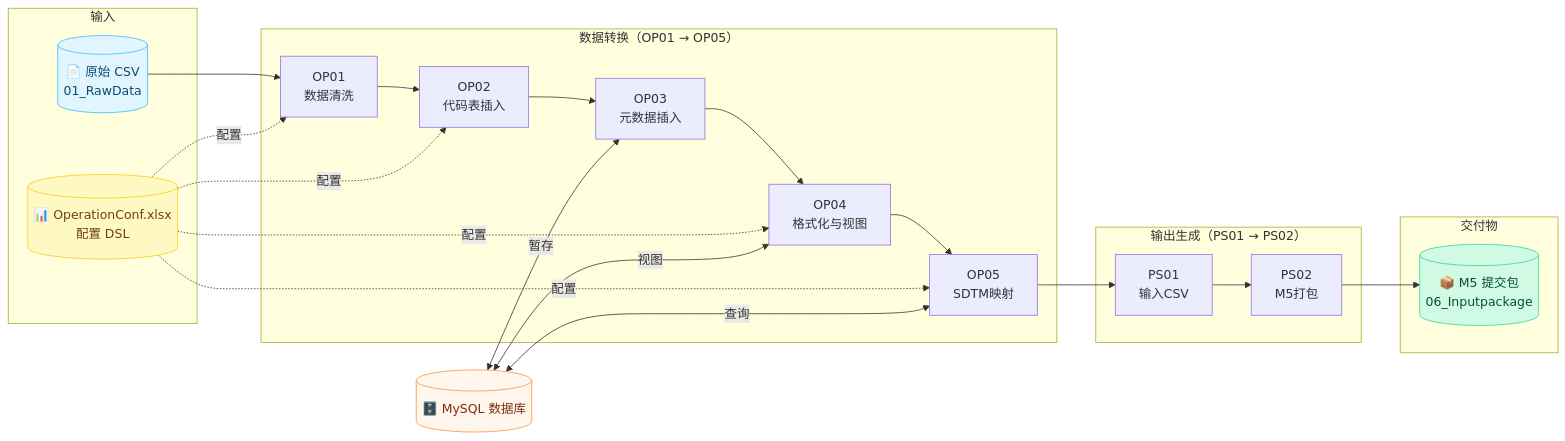
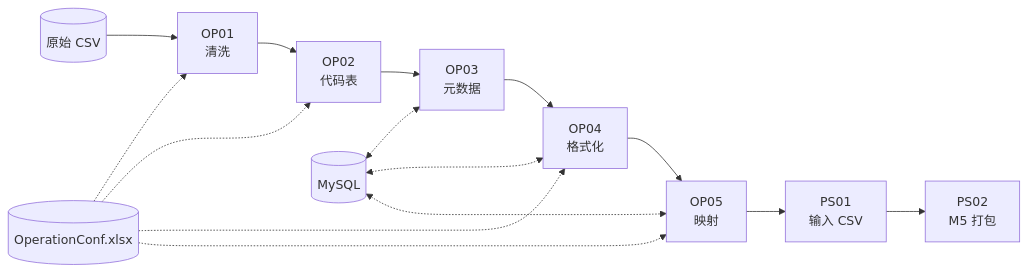
One commit to hakupao/SDTM-Mapping-System changed the diagram in README_CN.md. Above: the diagram before and after it, drawn with Mermaid. The commit also changed other lines of this file and 29 other files, not shown here.

````diff
--- a/README_CN.md
+++ b/README_CN.md
@@ -66,40 +104,6 @@
 ```mermaid
 graph LR
-    subgraph INPUT["输入"]
-        A[("📄 原始 CSV<br/>01_RawData")]
-        J[("📊 OperationConf.xlsx<br/>配置 DSL")]
-    end
-
-    subgraph TRANSFORM["数据转换（OP01 → OP05）"]
-        B["OP01<br/>数据清洗"]
-        C["OP02<br/>代码表插入"]
-        D["OP03<br/>元数据插入"]
-        E["OP04<br/>格式化与视图"]
-        F["OP05<br/>SDTM映射"]
-    end
-
-    subgraph OUTPUT["输出生成（PS01 → PS02）"]
-        G["PS01<br/>输入CSV"]
-        H["PS02<br/>M5打包"]
-    end
-
-    subgraph DELIVER["交付物"]
-        I[("📦 M5 提交包<br/>06_Inputpackage")]
-    end
-
-    K[("🗄️ MySQL 数据库")]
-
-    A --> B --> C --> D --> E --> F --> G --> H --> I
-    J -.->|配置| B
-    J -.->|配置| C
-    J -.->|配置| E
-    J -.->|配置| F
-    K <-->|暂存| D
-    K <-->|视图| E
-    K <-->|查询| F
-
-    style A fill:#e1f5ff,stroke:#38BDF8,color:#0c4a6e
-    style I fill:#d1fae5,stroke:#34D399,color:#064e3b
-    style J fill:#fef9c3,stroke:#FACC15,color:#713f12
-    style K fill:#fff7ed,stroke:#FB923C,color:#7c2d12
+    A[("原始 CSV")] --> B["OP01<br/>清洗"] --> C["OP02<br/>代码表"] --> D["OP03<br/>元数据"] --> E["OP04<br/>格式化"] --> F["OP05<br/>映射"] --> G["PS01<br/>输入 CSV"] --> H["PS02<br/>M5 打包"]
+    J[("OperationConf.xlsx")] -.-> B & C & E & F
+    K[("MySQL")] <-.-> D & E & F
 ```
````
